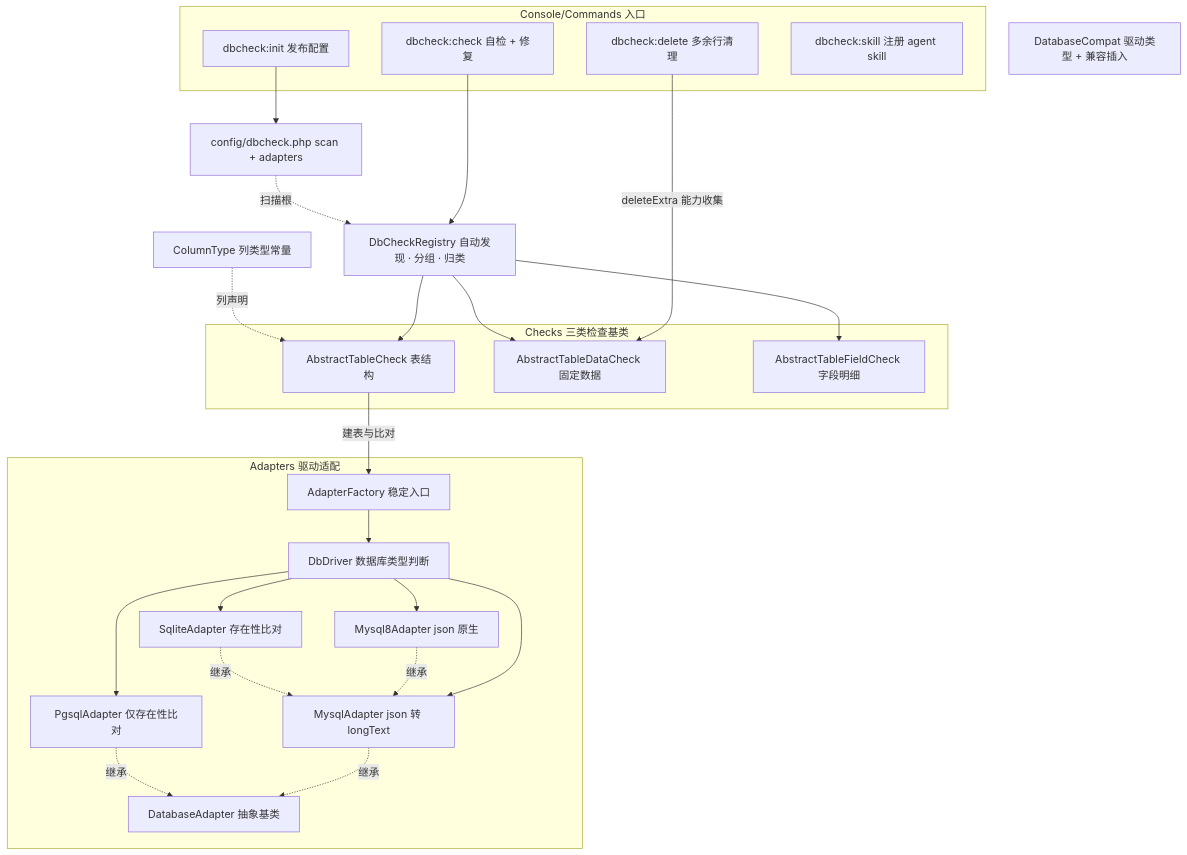
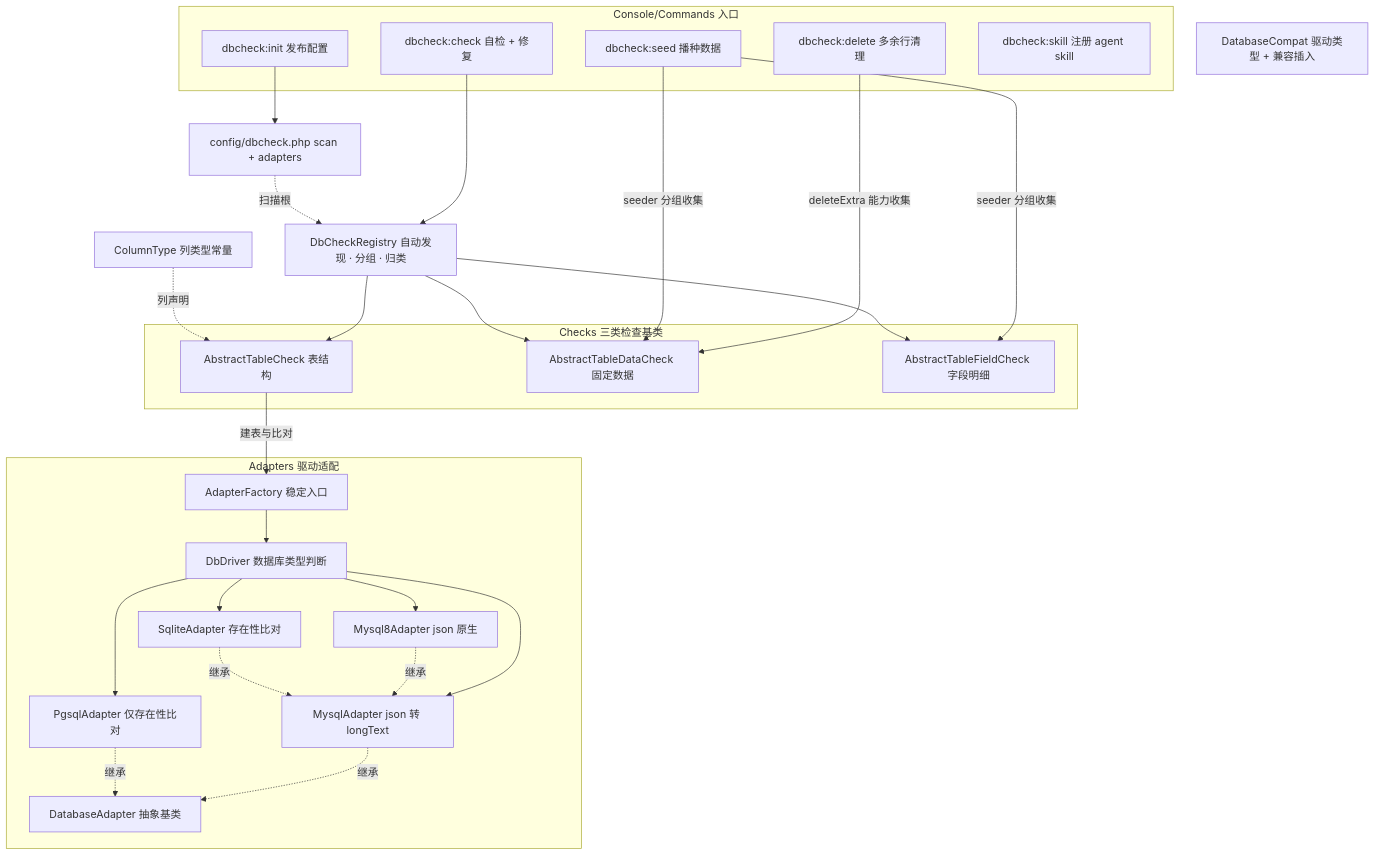
Before and after one commit to dongasai/dbcheck: the diagram in AGENTS.md, drawn with Mermaid. The commit also changed other lines of this file and 7 other files, not shown here.

First line of the commit message:
feat(dbcheck): 新增 dbcheck:seed 命令与标准分组常量 DbCheckGroup::SEEDER

````diff
--- a/AGENTS.md
+++ b/AGENTS.md
@@ -11,48 +11,50 @@
 ```mermaid
 flowchart TD
     subgraph Commands["Console/Commands 入口"]
         CHECK["dbcheck:check 自检 + 修复"]
         DELETE["dbcheck:delete 多余行清理"]
+        SEED["dbcheck:seed 播种数据"]
         INIT["dbcheck:init 发布配置"]
         SKILL["dbcheck:skill 注册 agent skill"]
     end
 
     REG["DbCheckRegistry 自动发现 · 分组 · 归类"]
 
     subgraph ChecksThree["Checks 三类检查基类"]
         TABLE["AbstractTableCheck 表结构"]
         DATA["AbstractTableDataCheck 固定数据"]
         FIELD["AbstractTableFieldCheck 字段明细"]
     end
 
     subgraph Adapters["Adapters 驱动适配"]
         FACTORY["AdapterFactory 稳定入口"]
         DBDRIVER["DbDriver 数据库类型判断"]
         M8["Mysql8Adapter json 原生"]
         MY["MysqlAdapter json 转 longText"]
         PG["PgsqlAdapter 仅存在性比对"]
         SQ["SqliteAdapter 存在性比对"]
         BASE["DatabaseAdapter 抽象基类"]
     end
 
     CFG["config/dbcheck.php scan + adapters"]
     CT["ColumnType 列类型常量"]
     COMPAT["DatabaseCompat 驱动类型 + 兼容插入"]
 
     CHECK --> REG
     DELETE -- deleteExtra 能力收集 --> DATA
+    SEED -- seeder 分组收集 --> DATA & FIELD
     REG --> TABLE & DATA & FIELD
     TABLE -- 建表与比对 --> FACTORY
     FACTORY --> DBDRIVER
     DBDRIVER --> M8
     DBDRIVER --> MY
     DBDRIVER --> PG
     DBDRIVER --> SQ
     M8 -. 继承 .-> MY
     MY -. 继承 .-> BASE
     PG -. 继承 .-> BASE
     SQ -. 继承 .-> MY
     INIT --> CFG
     CFG -. 扫描根 .-> REG
     CT -. 列声明 .-> TABLE
 ```
````
